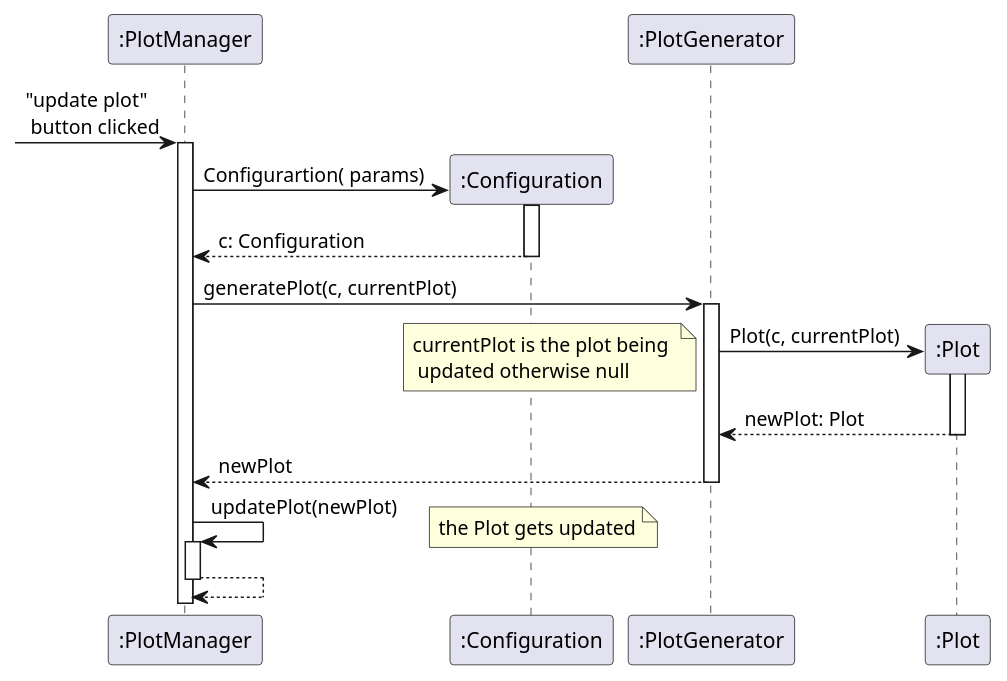
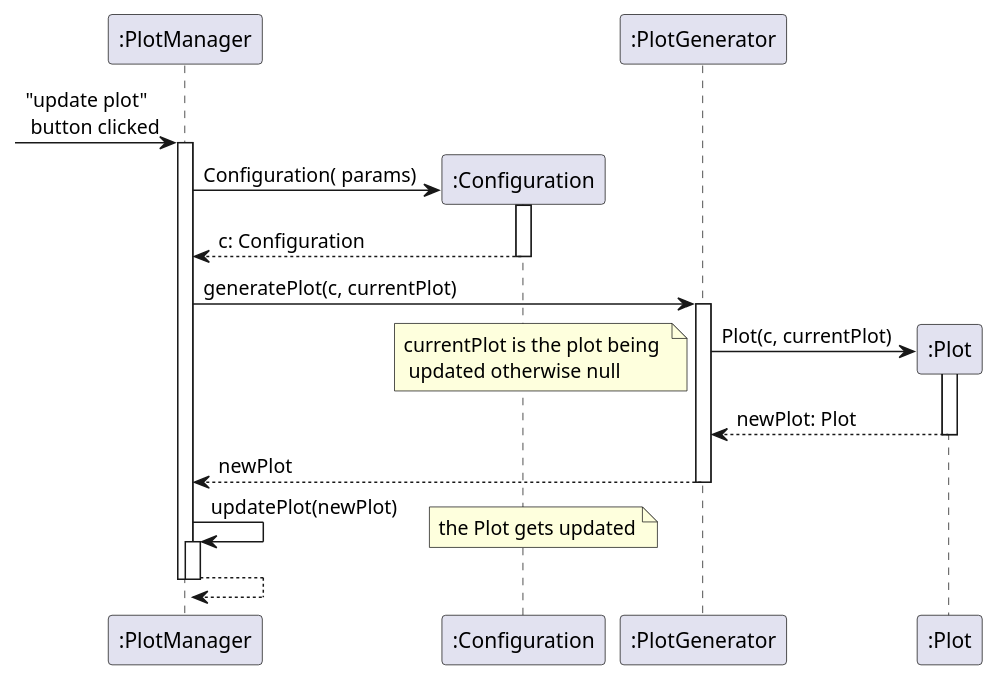
Before and after one commit to pse-parkview/Parkview: the diagram in Design/plantuml/FR2.puml, drawn with PlantUML.

```diff
--- a/Design/plantuml/FR2.puml
+++ b/Design/plantuml/FR2.puml
@@ -1,26 +1,28 @@
 @startuml fr2
 
 participant ":PlotManager" as pm
 participant ":Configuration" as c
 participant ":PlotGenerator" as pg
 participant ":Plot" as p
 
 -> pm ++: "update plot" \n button clicked
 
 create c
 ' TODO use proper params
-pm -> c ++: Configurartion( params)
+pm -> c ++: Configuration( params)
 c --> pm --: c: Configuration
 
 pm -> pg ++: generatePlot(c, currentPlot)
 create p
 pg -> p ++: Plot(c, currentPlot)
 note left: currentPlot is the plot being \n updated otherwise null
 p --> pg --: newPlot: Plot
 
 pg --> pm --: newPlot
 
 pm -> pm ++: updatePlot(newPlot)
 note right: the Plot gets updated
 pm --> pm --: 
+deactivate pm
+
 @enduml
```
